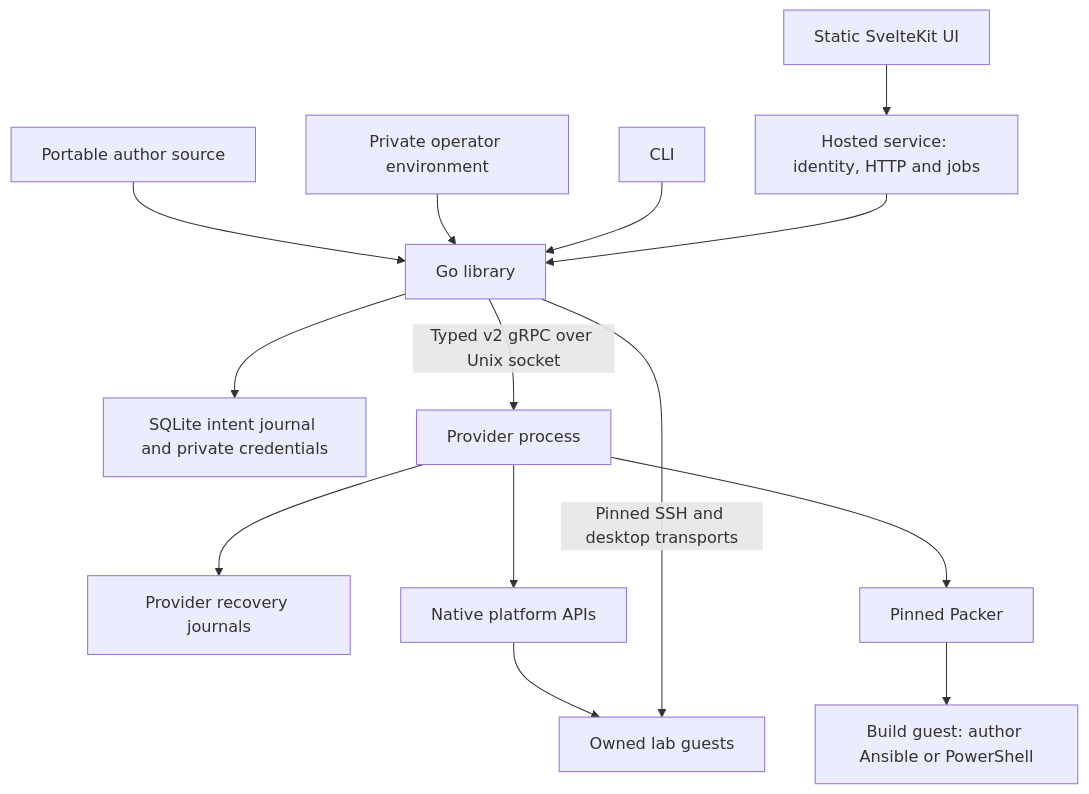
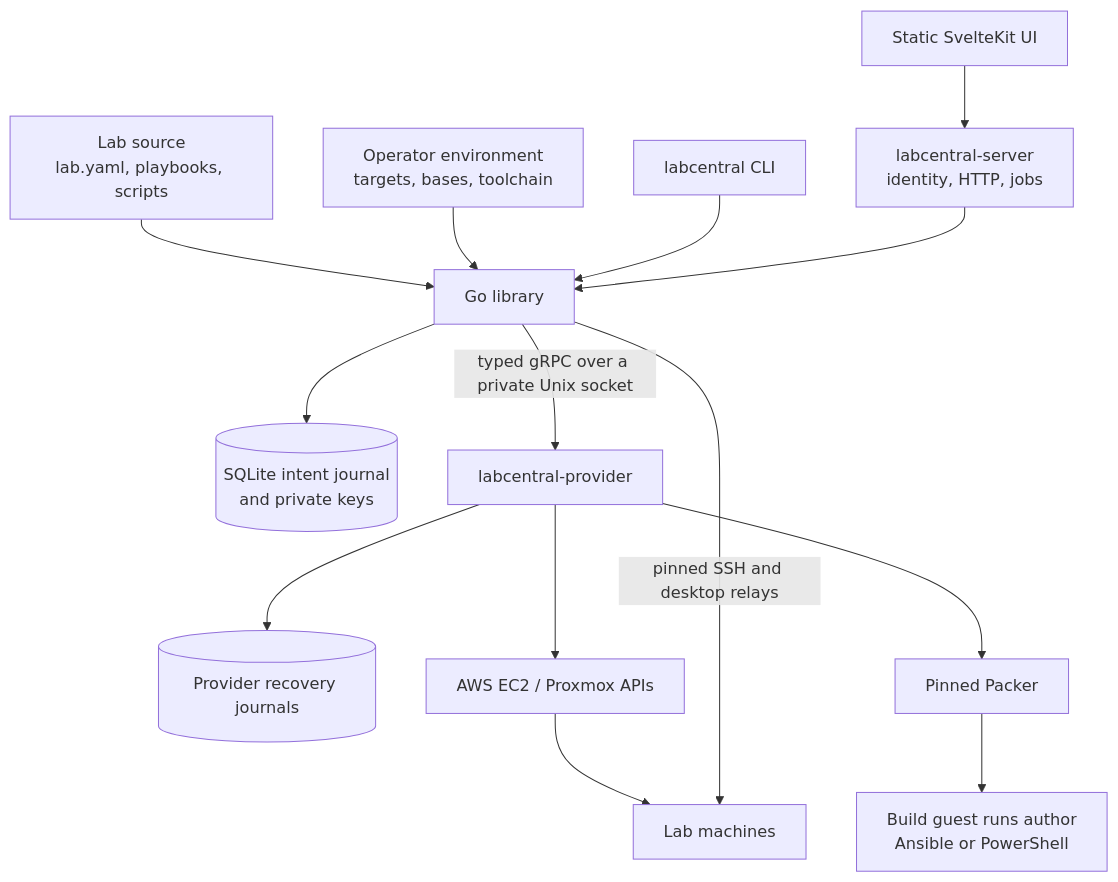
One commit to OutboundSpade/LabCentral changed the first of 6 diagrams in ARCHITECTURE.md. Above: the diagram before and after it, drawn with Mermaid. The commit also changed other lines of this file and 8 other files, not shown here.

Commit message:
Reorganize the documentation into focused guides with Mermaid diagrams

````diff
--- a/ARCHITECTURE.md
+++ b/ARCHITECTURE.md
@@ -13,16 +21,16 @@
 ```mermaid
 flowchart TD
-    Source[Portable author source] --> Library[Go library]
-    Environment[Private operator environment] --> Library
-    CLI[CLI] --> Library
-    Hosted[Hosted service: identity, HTTP and jobs] --> Library
+    Source[Lab source<br/>lab.yaml, playbooks, scripts] --> Library[Go library]
+    Environment[Operator environment<br/>targets, bases, toolchain] --> Library
+    CLI[labcentral CLI] --> Library
+    Hosted[labcentral-server<br/>identity, HTTP, jobs] --> Library
     Web[Static SvelteKit UI] --> Hosted
-    Library --> State[SQLite intent journal and private credentials]
-    Library -->|Typed v2 gRPC over Unix socket| Provider[Provider process]
-    Provider --> Journal[Provider recovery journals]
-    Provider --> APIs[Native platform APIs]
+    Library --> State[(SQLite intent journal<br/>and private keys)]
+    Library -->|typed gRPC over a private Unix socket| Provider[labcentral-provider]
+    Provider --> Journals[(Provider recovery journals)]
+    Provider --> APIs[AWS EC2 / Proxmox APIs]
     Provider --> Packer[Pinned Packer]
-    Packer --> BuildGuest[Build guest: author Ansible or PowerShell]
-    APIs --> Guests[Owned lab guests]
-    Library -->|Pinned SSH and desktop transports| Guests
+    Packer --> BuildGuest[Build guest runs author<br/>Ansible or PowerShell]
+    APIs --> Guests[Lab machines]
+    Library -->|pinned SSH and desktop relays| Guests
 ```
````
